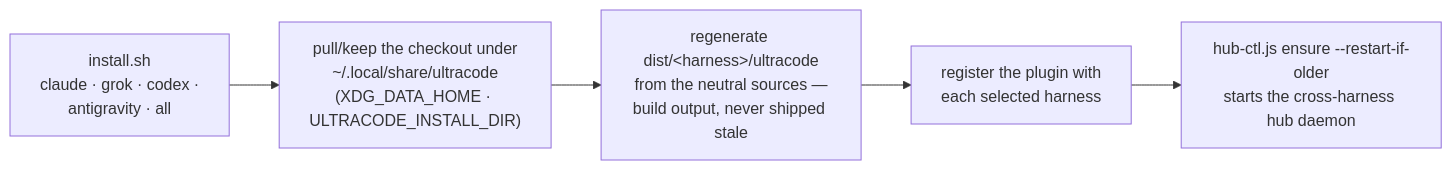
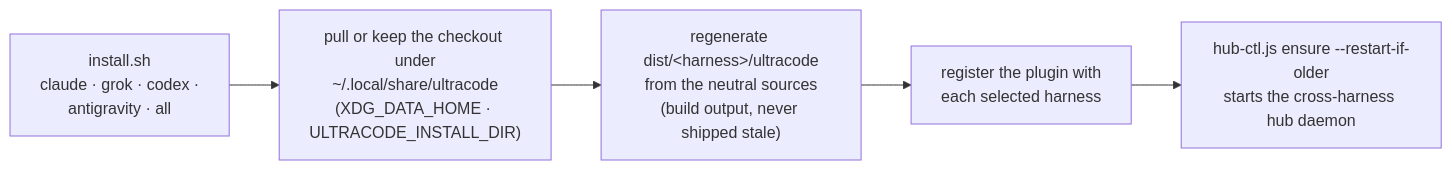
The diagram in docs/installation.md (diepquynh/ultracode), drawn with Mermaid before and after one commit. The commit also changed other lines of this file and 36 other files, not shown here.

````diff
--- a/docs/installation.md
+++ b/docs/installation.md
@@ -30,7 +30,7 @@
 ```mermaid
 flowchart LR
-    RUN["install.sh<br/>claude · grok · codex ·<br/>antigravity · all"] --> CHECKOUT["pull/keep the checkout under<br/>~/.local/share/ultracode<br/>(XDG_DATA_HOME · ULTRACODE_INSTALL_DIR)"]
-    CHECKOUT --> GEN["regenerate dist/&lt;harness&gt;/ultracode<br/>from the neutral sources —<br/>build output, never shipped stale"]
+    RUN["install.sh<br/>claude · grok · codex ·<br/>antigravity · all"] --> CHECKOUT["pull or keep the checkout under<br/>~/.local/share/ultracode<br/>(XDG_DATA_HOME · ULTRACODE_INSTALL_DIR)"]
+    CHECKOUT --> GEN["regenerate dist/&lt;harness&gt;/ultracode<br/>from the neutral sources<br/>(build output, never shipped stale)"]
     GEN --> REG["register the plugin with<br/>each selected harness"]
     REG --> HUB["hub-ctl.js ensure --restart-if-older<br/>starts the cross-harness hub daemon"]
 ```
````
